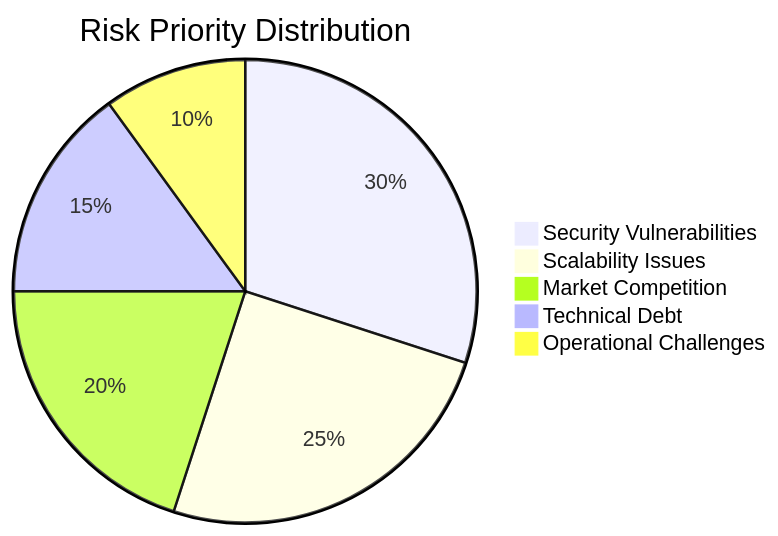
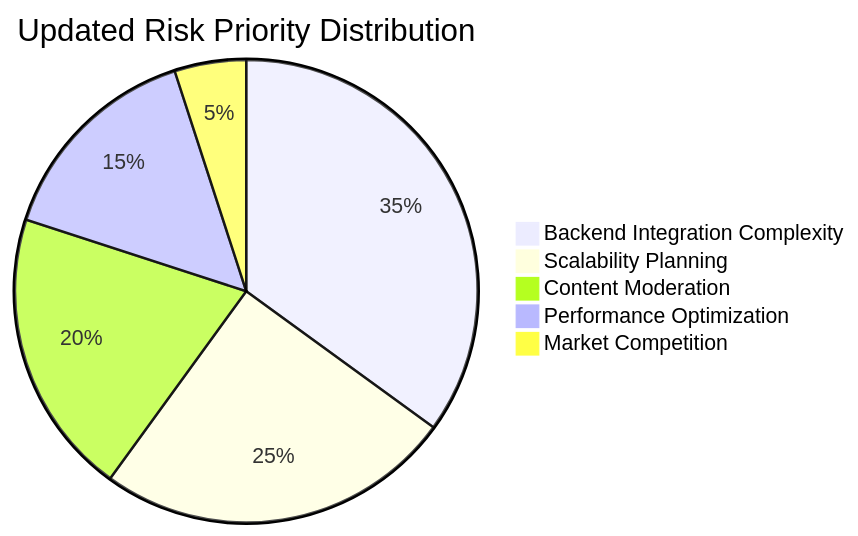
The sixth of 6 diagrams in FACECROOK_REPOSITORY_ANALYSIS.md (didier3529/facecrook), drawn with Mermaid before and after one commit. The commit also changed other lines of this file and 208 other files, not shown here.

````diff
--- a/FACECROOK_REPOSITORY_ANALYSIS.md
+++ b/FACECROOK_REPOSITORY_ANALYSIS.md
@@ -662,8 +756,8 @@
 ```mermaid
-pie title Risk Priority Distribution
-    "Security Vulnerabilities" : 30
-    "Scalability Issues" : 25
-    "Market Competition" : 20
-    "Technical Debt" : 15
-    "Operational Challenges" : 10
+pie title Updated Risk Priority Distribution
+    "Backend Integration Complexity" : 35
+    "Scalability Planning" : 25
+    "Content Moderation" : 20
+    "Performance Optimization" : 15
+    "Market Competition" : 5
 ```
````
